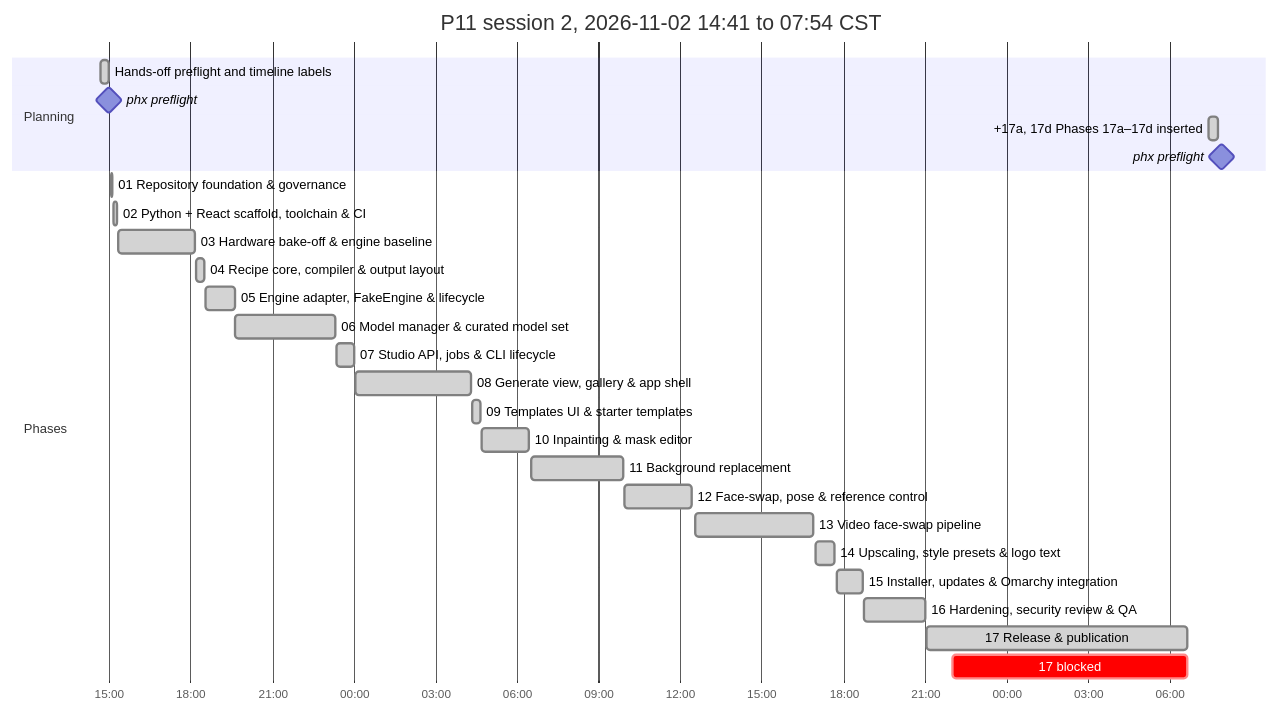
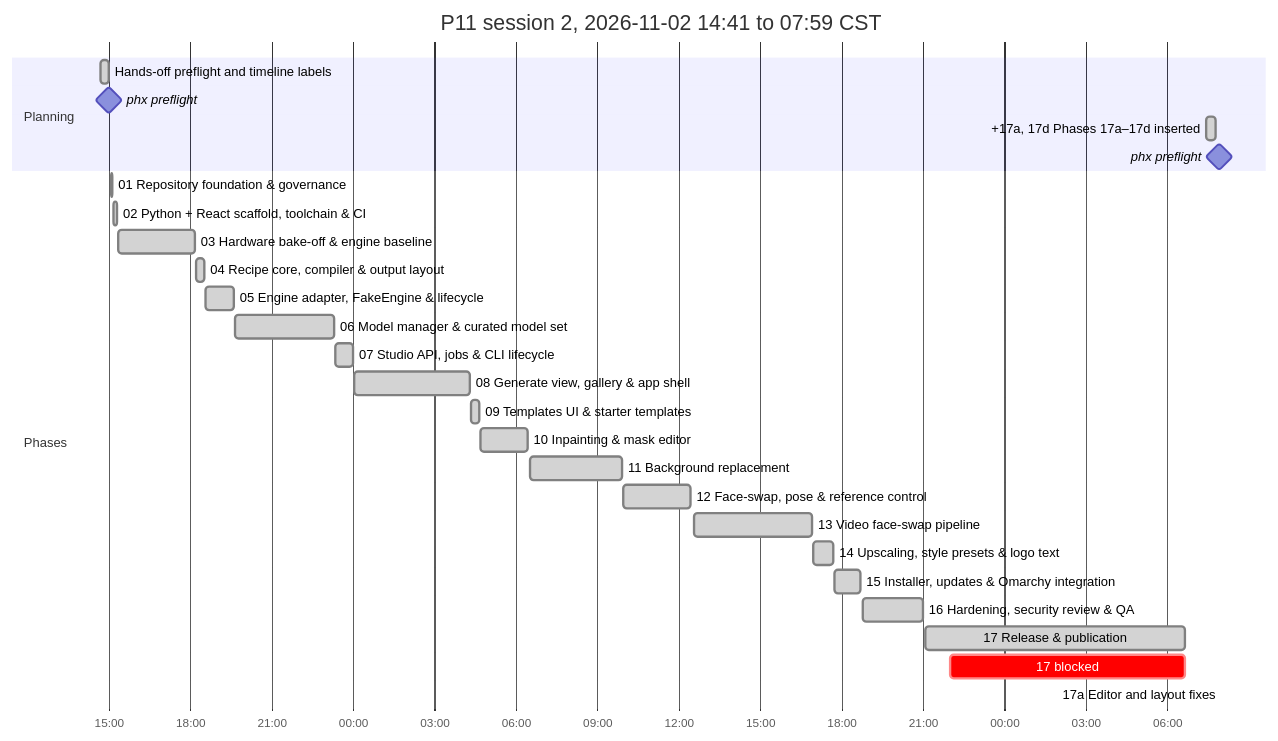
Before and after one commit to antonizick/project1111: the second of 2 diagrams in P11_IMPLEMENTATION_PLAN.md, drawn with Mermaid. The commit also changed other lines of this file and 2 other files, not shown here.

Commit message:
docs(plan): refresh timeline

````diff
--- a/P11_IMPLEMENTATION_PLAN.md
+++ b/P11_IMPLEMENTATION_PLAN.md
@@ -79,30 +79,31 @@
 ```mermaid
 gantt
-    title P11 session 2, 2026-11-02 14:41 to 07:54 CST
+    title P11 session 2, 2026-11-02 14:41 to 07:59 CST
     dateFormat YYYY-MM-DD HH:mm
     axisFormat %H:%M
     section Planning
     Hands-off preflight and timeline labels :done, plan3, 2026-11-02 14:41, 2026-11-02 14:59
     phx preflight :milestone, pf13ee0d5, 2026-11-02 15:00, 0m
     +17a, 17d Phases 17a–17d inserted :done, plan4, 2026-11-04 07:25, 2026-11-04 07:47
     phx preflight :milestone, pf19ebe39, 2026-11-04 07:54, 0m
     section Phases
     01 Repository foundation & governance :done, p01s2, 2026-11-02 15:05, 2026-11-02 15:08
     02 Python + React scaffold, toolchain & CI :done, p02s2, 2026-11-02 15:09, 2026-11-02 15:18
     03 Hardware bake-off & engine baseline :done, p03s2, 2026-11-02 15:19, 2026-11-02 18:10
     04 Recipe core, compiler & output layout :done, p04s2, 2026-11-02 18:12, 2026-11-02 18:30
     05 Engine adapter, FakeEngine & lifecycle :done, p05s2, 2026-11-02 18:32, 2026-11-02 19:37
     06 Model manager & curated model set :done, p06s2, 2026-11-02 19:39, 2026-11-02 23:18
     07 Studio API, jobs & CLI lifecycle :done, p07s2, 2026-11-02 23:21, 2026-11-03 00:00
     08 Generate view, gallery & app shell :done, p08s2, 2026-11-03 00:03, 2026-11-03 04:18
     09 Templates UI & starter templates :done, p09s2, 2026-11-03 04:21, 2026-11-03 04:38
     10 Inpainting & mask editor :done, p10s2, 2026-11-03 04:41, 2026-11-03 06:25
     11 Background replacement :done, p11s2, 2026-11-03 06:31, 2026-11-03 09:55
     12 Face-swap, pose & reference control :done, p12s2, 2026-11-03 09:58, 2026-11-03 12:25
     13 Video face-swap pipeline :done, p13s2, 2026-11-03 12:34, 2026-11-03 16:54
     14 Upscaling, style presets & logo text :done, p14s2, 2026-11-03 16:58, 2026-11-03 17:41
     15 Installer, updates & Omarchy integration :done, p15s2, 2026-11-03 17:45, 2026-11-03 18:42
     16 Hardening, security review & QA :done, p16s2, 2026-11-03 18:46, 2026-11-03 21:00
     17 Release & publication :done, p17s2, 2026-11-03 21:04, 2026-11-04 06:39
     17 blocked :crit, p17w1s2, 2026-11-03 22:01, 2026-11-04 06:38
+    17a Editor and layout fixes :active, p17as2, 2026-11-04 07:59, 2026-11-04 08:00
 ```
````
